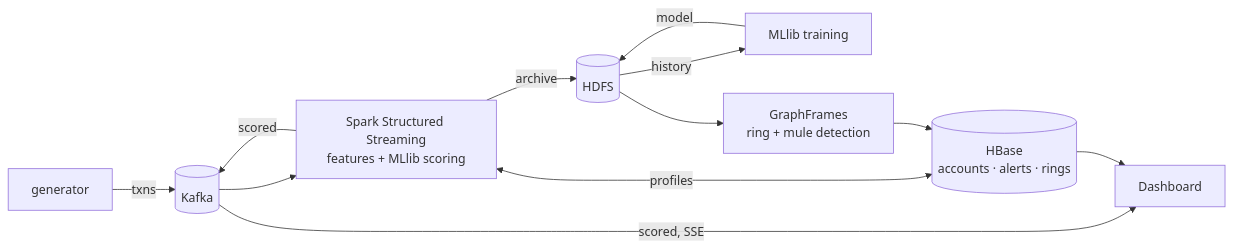
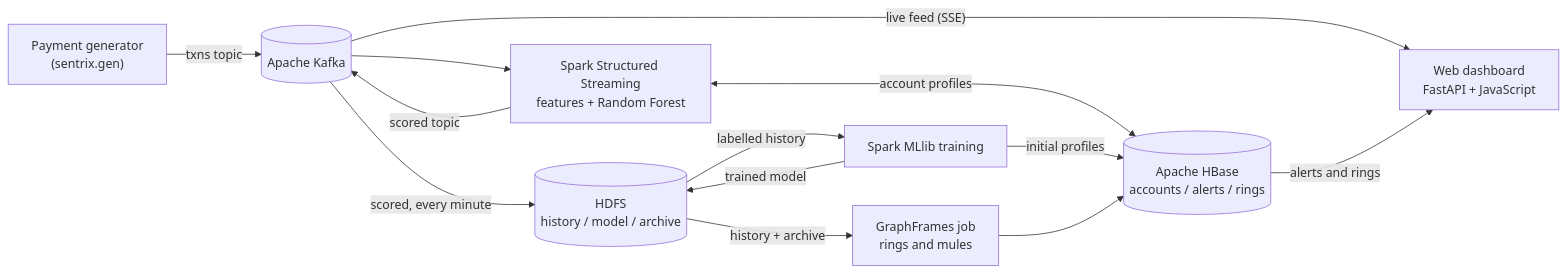
The first of 8 diagrams in README.md (Mithilbatra/SentriX), drawn with Mermaid before and after one commit. The commit also changed other lines of this file, not shown here.

````diff
--- a/README.md
+++ b/README.md
@@ -13,14 +245,15 @@
 ```mermaid
 flowchart LR
-  gen[generator] -- txns --> kafka[(Kafka)]
-  kafka --> stream[Spark Structured Streaming<br/>features + MLlib scoring]
-  stream <-- profiles --> hbase[(HBase<br/>accounts · alerts · rings)]
-  stream -- scored --> kafka
-  stream -- archive --> hdfs[(HDFS)]
-  hdfs -- history --> train[MLlib training]
-  train -- model --> hdfs
-  hdfs --> rings[GraphFrames<br/>ring + mule detection]
-  rings --> hbase
-  kafka -- scored, SSE --> dash[Dashboard]
-  hbase --> dash
+    gen["Payment generator<br/>(sentrix.gen)"] -- "txns topic" --> kafka[("Apache Kafka")]
+    kafka --> stream["Spark Structured Streaming<br/>features + Random Forest"]
+    stream <-- "account profiles" --> hbase[("Apache HBase<br/>accounts / alerts / rings")]
+    stream -- "scored topic" --> kafka
+    kafka -- "scored, every minute" --> hdfs[("HDFS<br/>history / model / archive")]
+    hdfs -- "labelled history" --> train["Spark MLlib training"]
+    train -- "trained model" --> hdfs
+    train -- "initial profiles" --> hbase
+    hdfs -- "history + archive" --> rings["GraphFrames job<br/>rings and mules"]
+    rings --> hbase
+    kafka -- "live feed (SSE)" --> dash["Web dashboard<br/>FastAPI + JavaScript"]
+    hbase -- "alerts and rings" --> dash
 ```
````
